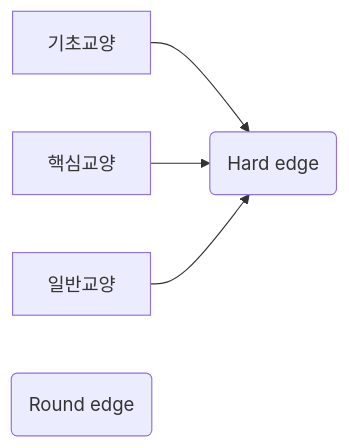
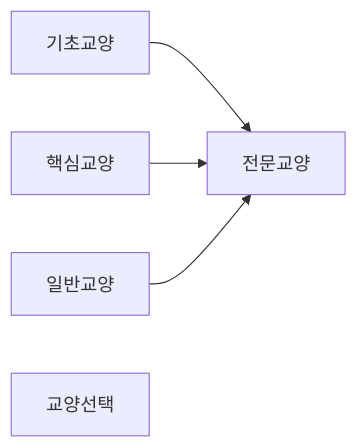
One commit to jupiterbjy/jupiterbjy.github.io changed the diagram in docs/post_collections/_posts/2021-03-03-univ_notes.md. Above: the diagram before and after it, drawn with Mermaid. The commit also changed other lines of this file, not shown here.

```diff
--- a/docs/post_collections/_posts/2021-03-03-univ_notes.md
+++ b/docs/post_collections/_posts/2021-03-03-univ_notes.md
@@ -27,7 +27,7 @@
 <div class="mermaid">
 graph LR;
-    기초교양-->전문교양(Hard edge);
+    기초교양-->전문교양;
     핵심교양-->전문교양;
     일반교양-->전문교양;
-    교양선택(Round edge);
+    교양선택;
 </div>
```
